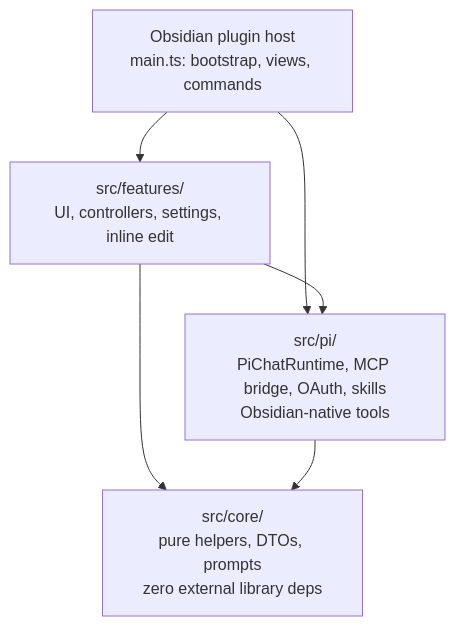
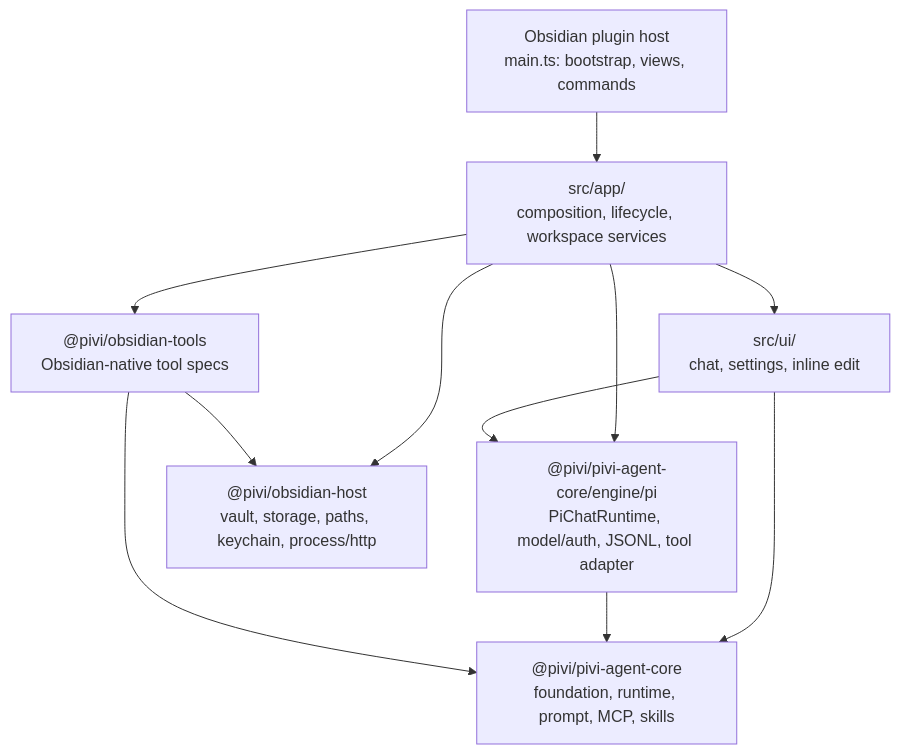
The diagram in README.md (shuuul/obsidian-pivi), drawn with Mermaid before and after one commit. The commit also changed other lines of this file and 70 other files, not shown here.

````diff
--- a/README.md
+++ b/README.md
@@ -67,13 +67,21 @@
 ```mermaid
 flowchart TB
   host["Obsidian plugin host<br/>main.ts: bootstrap, views, commands"]
-  features["src/features/<br/>UI, controllers, settings, inline edit"]
-  core["src/core/<br/>pure helpers, DTOs, prompts<br/>zero external library deps"]
-  pi["src/pi/<br/>PiChatRuntime, MCP bridge, OAuth, skills<br/>Obsidian-native tools"]
+  app["src/app/<br/>composition, lifecycle, workspace services"]
+  ui["src/ui/<br/>chat, settings, inline edit"]
+  core["@pivi/pivi-agent-core<br/>foundation, runtime, prompt, MCP, skills"]
+  pi["@pivi/pivi-agent-core/engine/pi<br/>PiChatRuntime, model/auth, JSONL, tool adapter"]
+  hostPkg["@pivi/obsidian-host<br/>vault, storage, paths, keychain, process/http"]
+  tools["@pivi/obsidian-tools<br/>Obsidian-native tool specs"]
 
-  host --> features
-  host --> pi
-  features --> pi
-  features --> core
+  host --> app
+  app --> ui
+  app --> hostPkg
+  app --> tools
+  app --> pi
+  ui --> core
+  ui --> pi
   pi --> core
+  tools --> hostPkg
+  tools --> core
 ```
````
